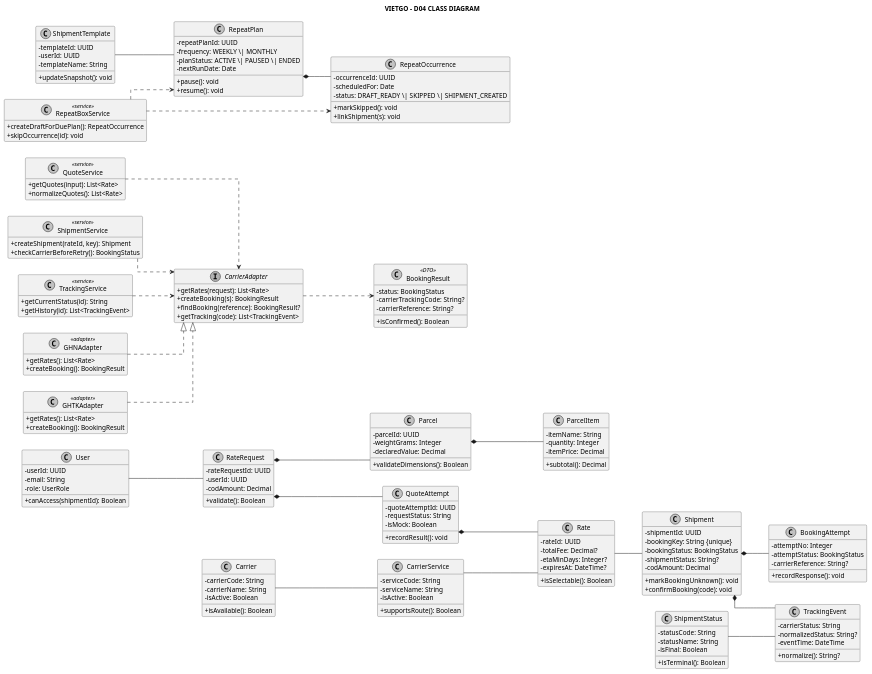
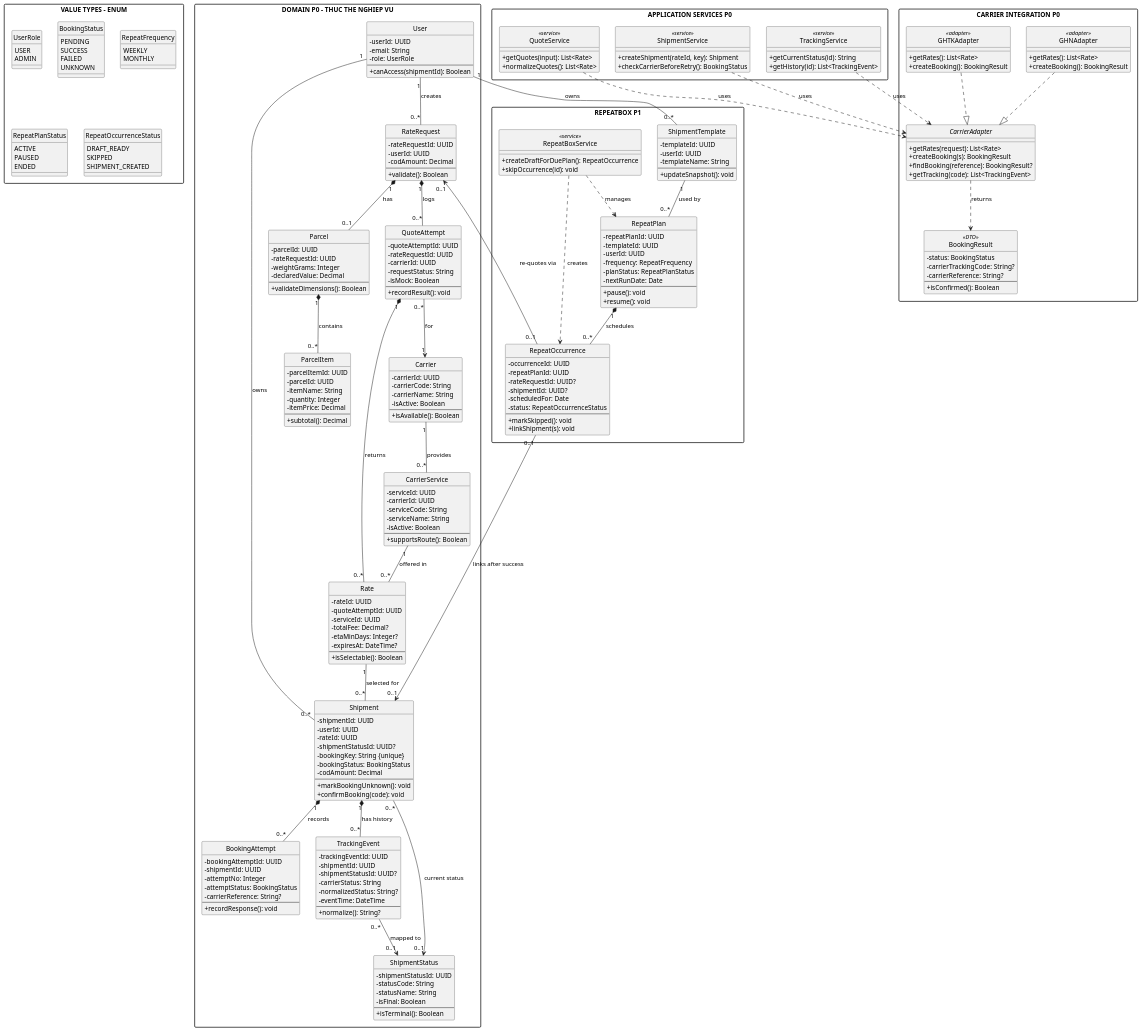
The diagram in VIETGO/docs/D04-class-diagram/domain-class.puml (NguyenThiThuyTram/thiet_ke_he_thong_vietgo), drawn with PlantUML before and after one commit. The commit also changed other lines of this file, not shown here.

```diff
--- a/VIETGO/docs/D04-class-diagram/domain-class.puml
+++ b/VIETGO/docs/D04-class-diagram/domain-class.puml
@@ -1,189 +2,273 @@
 @startuml
-title VIETGO - D04 CLASS DIAGRAM
+hide circle
+skinparam classAttributeIconSize 0
 skinparam monochrome true
 skinparam shadowing false
-skinparam classAttributeIconSize 0
-skinparam linetype ortho
-hide empty members
-left to right direction
+skinparam packageStyle rectangle
 
-class User {
-  - userId: UUID
-  - email: String
-  - role: UserRole
-  + canAccess(shipmentId): Boolean
+package "DOMAIN P0 - THUC THE NGHIEP VU" {
+  class User {
+    - userId: UUID
+    - email: String
+    - role: UserRole
+    --
+    + canAccess(shipmentId): Boolean
+  }
+
+  class RateRequest {
+    - rateRequestId: UUID
+    - userId: UUID
+    - codAmount: Decimal
+    --
+    + validate(): Boolean
+  }
+
+  class Parcel {
+    - parcelId: UUID
+    - rateRequestId: UUID
+    - weightGrams: Integer
+    - declaredValue: Decimal
+    --
+    + validateDimensions(): Boolean
+  }
+
+  class ParcelItem {
+    - parcelItemId: UUID
+    - parcelId: UUID
+    - itemName: String
+    - quantity: Integer
+    - itemPrice: Decimal
+    --
+    + subtotal(): Decimal
+  }
+
+  class QuoteAttempt {
+    - quoteAttemptId: UUID
+    - rateRequestId: UUID
+    - carrierId: UUID
+    - requestStatus: String
+    - isMock: Boolean
+    --
+    + recordResult(): void
+  }
+
+  class Rate {
+    - rateId: UUID
+    - quoteAttemptId: UUID
+    - serviceId: UUID
+    - totalFee: Decimal?
+    - etaMinDays: Integer?
+    - expiresAt: DateTime?
+    --
+    + isSelectable(): Boolean
+  }
+
+  class Carrier {
+    - carrierId: UUID
+    - carrierCode: String
+    - carrierName: String
+    - isActive: Boolean
+    --
+    + isAvailable(): Boolean
+  }
+
+  class CarrierService {
+    - serviceId: UUID
+    - carrierId: UUID
+    - serviceCode: String
+    - serviceName: String
+    - isActive: Boolean
+    --
+    + supportsRoute(): Boolean
+  }
+
+  class Shipment {
+    - shipmentId: UUID
+    - userId: UUID
+    - rateId: UUID
+    - shipmentStatusId: UUID?
+    - bookingKey: String {unique}
+    - bookingStatus: BookingStatus
+    - codAmount: Decimal
+    --
+    + markBookingUnknown(): void
+    + confirmBooking(code): void
+  }
+
+  class BookingAttempt {
+    - bookingAttemptId: UUID
+    - shipmentId: UUID
+    - attemptNo: Integer
+    - attemptStatus: BookingStatus
+    - carrierReference: String?
+    --
+    + recordResponse(): void
+  }
+
+  class TrackingEvent {
+    - trackingEventId: UUID
+    - shipmentId: UUID
+    - shipmentStatusId: UUID?
+    - carrierStatus: String
+    - normalizedStatus: String?
+    - eventTime: DateTime
+    --
+    + normalize(): String?
+  }
+
+  class ShipmentStatus {
+    - shipmentStatusId: UUID
+    - statusCode: String
+    - statusName: String
+    - isFinal: Boolean
+    --
+    + isTerminal(): Boolean
+  }
 }
 
-class RateRequest {
-  - rateRequestId: UUID
-  - userId: UUID
-  - codAmount: Decimal
-  + validate(): Boolean
+package "APPLICATION SERVICES P0" {
+  class QuoteService <<service>> {
+    + getQuotes(input): List<Rate>
+    + normalizeQuotes(): List<Rate>
+  }
+
+  class ShipmentService <<service>> {
+    + createShipment(rateId, key): Shipment
+    + checkCarrierBeforeRetry(): BookingStatus
+  }
+
+  class TrackingService <<service>> {
+    + getCurrentStatus(id): String
+    + getHistory(id): List<TrackingEvent>
+  }
 }
 
-class Parcel {
-  - parcelId: UUID
-  - weightGrams: Integer
-  - declaredValue: Decimal
-  + validateDimensions(): Boolean
+package "CARRIER INTEGRATION P0" {
+  interface CarrierAdapter {
+    + getRates(request): List<Rate>
+    + createBooking(s): BookingResult
+    + findBooking(reference): BookingResult?
+    + getTracking(code): List<TrackingEvent>
+  }
+
+  class GHNAdapter <<adapter>> {
+    + getRates(): List<Rate>
+    + createBooking(): BookingResult
+  }
+
+  class GHTKAdapter <<adapter>> {
+    + getRates(): List<Rate>
+    + createBooking(): BookingResult
+  }
+
+  class BookingResult <<DTO>> {
+    - status: BookingStatus
+    - carrierTrackingCode: String?
+    - carrierReference: String?
+    --
+    + isConfirmed(): Boolean
+  }
 }
 
-class ParcelItem {
-  - itemName: String
-  - quantity: Integer
-  - itemPrice: Decimal
-  + subtotal(): Decimal
+package "REPEATBOX P1" {
+  class ShipmentTemplate {
+    - templateId: UUID
+    - userId: UUID
+    - templateName: String
+    --
+    + updateSnapshot(): void
+  }
+
+  class RepeatPlan {
+    - repeatPlanId: UUID
+    - templateId: UUID
+    - userId: UUID
+    - frequency: RepeatFrequency
+    - planStatus: RepeatPlanStatus
+    - nextRunDate: Date
+    --
+    + pause(): void
+    + resume(): void
+  }
+
+  class RepeatOccurrence {
+    - occurrenceId: UUID
+    - repeatPlanId: UUID
+    - rateRequestId: UUID?
+    - shipmentId: UUID?
+    - scheduledFor: Date
+    - status: RepeatOccurrenceStatus
+    --
+    + markSkipped(): void
+    + linkShipment(s): void
+  }
+
+  class RepeatBoxService <<service>> {
+    + createDraftForDuePlan(): RepeatOccurrence
+    + skipOccurrence(id): void
+  }
 }
 
-class QuoteAttempt {
-  - quoteAttemptId: UUID
-  - requestStatus: String
-  - isMock: Boolean
-  + recordResult(): void
+package "VALUE TYPES - ENUM" {
+  enum UserRole {
+    USER
+    ADMIN
+  }
+
+  enum BookingStatus {
+    PENDING
+    SUCCESS
+    FAILED
+    UNKNOWN
+  }
+
+  enum RepeatFrequency {
+    WEEKLY
+    MONTHLY
+  }
+
+  enum RepeatPlanStatus {
+    ACTIVE
+    PAUSED
+    ENDED
+  }
+
+  enum RepeatOccurrenceStatus {
+    DRAFT_READY
+    SKIPPED
+    SHIPMENT_CREATED
+  }
 }
 
-class Rate {
-  - rateId: UUID
-  - totalFee: Decimal?
-  - etaMinDays: Integer?
-  - expiresAt: DateTime?
-  + isSelectable(): Boolean
-}
+User "1" -- "0..*" RateRequest : creates
+RateRequest "1" *-- "0..1" Parcel : has
+Parcel "1" *-- "0..*" ParcelItem : contains
+RateRequest "1" *-- "0..*" QuoteAttempt : logs
+QuoteAttempt "0..*" --> "1" Carrier : for
+QuoteAttempt "1" *-- "0..*" Rate : returns
+Carrier "1" -- "0..*" CarrierService : provides
+CarrierService "1" -- "0..*" Rate : offered in
+User "1" -- "0..*" Shipment : owns
+Rate "1" -- "0..*" Shipment : selected for
+Shipment "1" *-- "0..*" BookingAttempt : records
+Shipment "1" *-- "0..*" TrackingEvent : has history
+Shipment "0..*" --> "0..1" ShipmentStatus : current status
+TrackingEvent "0..*" --> "0..1" ShipmentStatus : mapped to
 
-class Carrier {
-  - carrierCode: String
-  - carrierName: String
-  - isActive: Boolean
-  + isAvailable(): Boolean
-}
+User "1" -- "0..*" ShipmentTemplate : owns
+ShipmentTemplate "1" -- "0..*" RepeatPlan : used by
+RepeatPlan "1" *-- "0..*" RepeatOccurrence : schedules
+RepeatOccurrence "0..1" --> "0..1" Shipment : links after success
+RepeatOccurrence "0..1" --> "0..1" RateRequest : re-quotes via
 
-class CarrierService {
-  - serviceCode: String
-  - serviceName: String
-  - isActive: Boolean
-  + supportsRoute(): Boolean
-}
+QuoteService ..> CarrierAdapter : uses
+ShipmentService ..> CarrierAdapter : uses
+TrackingService ..> CarrierAdapter : uses
+RepeatBoxService ..> RepeatPlan : manages
+RepeatBoxService ..> RepeatOccurrence : creates
 
-class Shipment {
-  - shipmentId: UUID
-  - bookingKey: String {unique}
-  - bookingStatus: BookingStatus
-  - shipmentStatus: String?
-  - codAmount: Decimal
-  + markBookingUnknown(): void
-  + confirmBooking(code): void
-}
-
-class BookingAttempt {
-  - attemptNo: Integer
-  - attemptStatus: BookingStatus
-  - carrierReference: String?
-  + recordResponse(): void
-}
-
-class TrackingEvent {
-  - carrierStatus: String
-  - normalizedStatus: String?
-  - eventTime: DateTime
-  + normalize(): String?
-}
-
-class ShipmentStatus {
-  - statusCode: String
-  - statusName: String
-  - isFinal: Boolean
-  + isTerminal(): Boolean
-}
-
-class QuoteService <<service>> {
-  + getQuotes(input): List<Rate>
-  + normalizeQuotes(): List<Rate>
-}
-
-class ShipmentService <<service>> {
-  + createShipment(rateId, key): Shipment
-  + checkCarrierBeforeRetry(): BookingStatus
-}
-
-class TrackingService <<service>> {
-  + getCurrentStatus(id): String
-  + getHistory(id): List<TrackingEvent>
-}
-
-interface CarrierAdapter {
-  + getRates(request): List<Rate>
-  + createBooking(s): BookingResult
-  + findBooking(reference): BookingResult?
-  + getTracking(code): List<TrackingEvent>
-}
-
-class GHNAdapter <<adapter>> {
-  + getRates(): List<Rate>
-  + createBooking(): BookingResult
-}
-
-class GHTKAdapter <<adapter>> {
-  + getRates(): List<Rate>
-  + createBooking(): BookingResult
-}
-
-class BookingResult <<DTO>> {
-  - status: BookingStatus
-  - carrierTrackingCode: String?
-  - carrierReference: String?
-  + isConfirmed(): Boolean
-}
-
-class ShipmentTemplate {
-  - templateId: UUID
-  - userId: UUID
-  - templateName: String
-  + updateSnapshot(): void
-}
-
-class RepeatPlan {
-  - repeatPlanId: UUID
-  - frequency: WEEKLY \| MONTHLY
-  - planStatus: ACTIVE \| PAUSED \| ENDED
-  - nextRunDate: Date
-  + pause(): void
-  + resume(): void
-}
-
-class RepeatOccurrence {
-  - occurrenceId: UUID
-  - scheduledFor: Date
-  - status: DRAFT_READY \| SKIPPED \| SHIPMENT_CREATED
-  + markSkipped(): void
-  + linkShipment(s): void
-}
-
-class RepeatBoxService <<service>> {
-  + createDraftForDuePlan(): RepeatOccurrence
-  + skipOccurrence(id): void
-}
-
-' Relationships converted from draw.io
-User -- RateRequest
-RateRequest *-- Parcel
-Parcel *-- ParcelItem
-RateRequest *-- QuoteAttempt
-QuoteAttempt *-- Rate
-Carrier -- CarrierService
-CarrierService -- Rate
-Rate -- Shipment
-Shipment *-- BookingAttempt
-Shipment *-- TrackingEvent
-ShipmentStatus -- TrackingEvent
-ShipmentTemplate -- RepeatPlan
-RepeatPlan *-- RepeatOccurrence
-QuoteService ..> CarrierAdapter
-ShipmentService ..> CarrierAdapter
-TrackingService ..> CarrierAdapter
 GHNAdapter ..|> CarrierAdapter
 GHTKAdapter ..|> CarrierAdapter
-CarrierAdapter ..> BookingResult
-RepeatBoxService ..> RepeatPlan
-RepeatBoxService ..> RepeatOccurrence
+CarrierAdapter ..> BookingResult : returns
 
 @enduml
```
